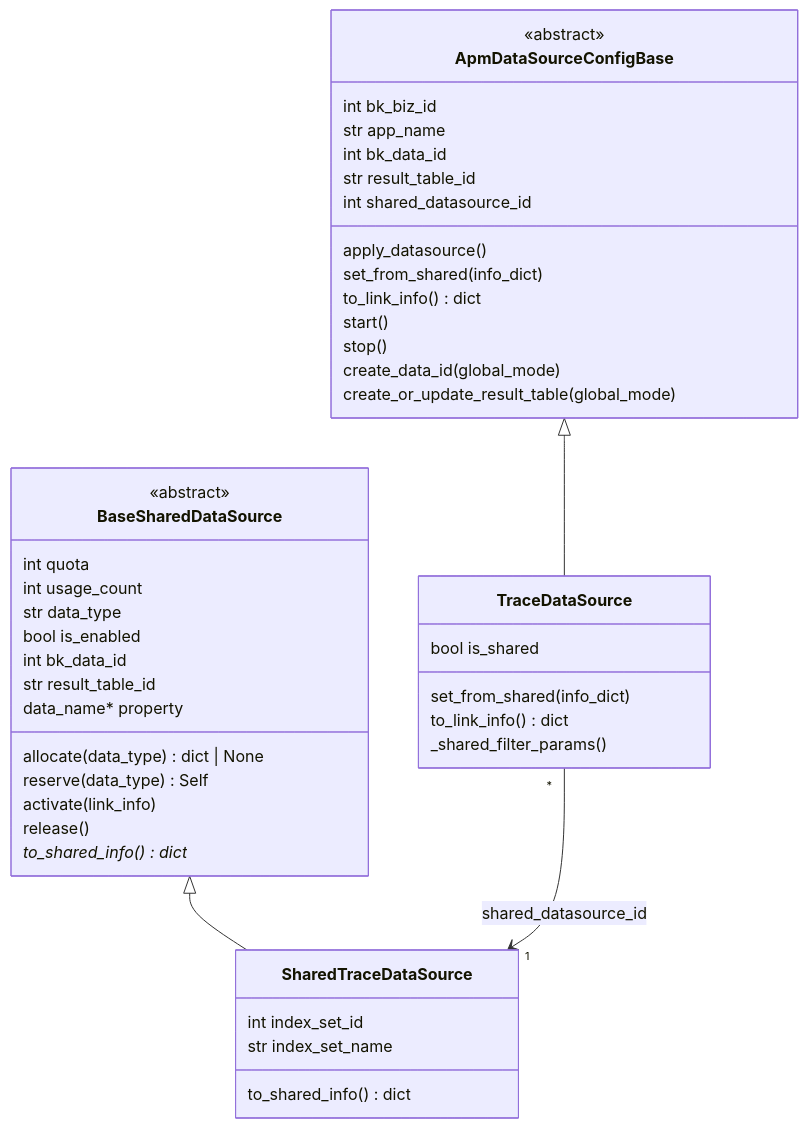
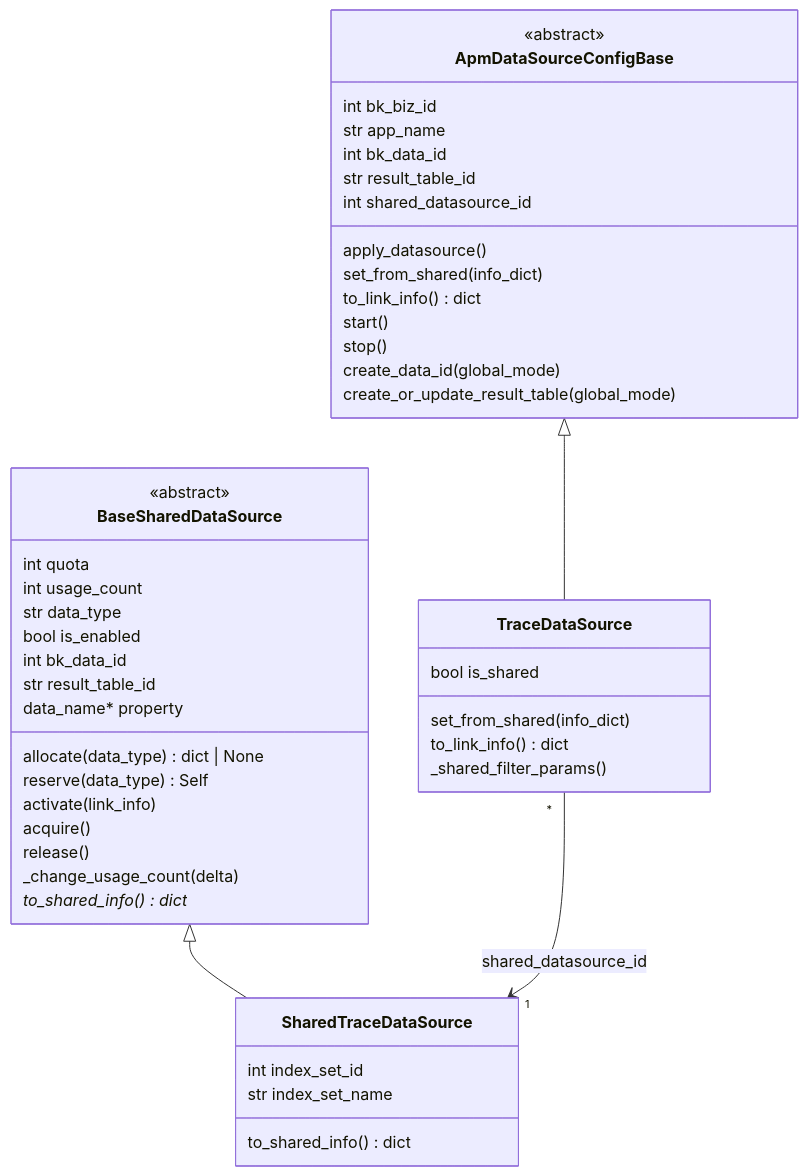
The fourth of 10 diagrams in knowledge/bkmonitor/issues/2026-03-03-apm-shared-datasource/PLAN.md (ZhuoZhuoCrayon/ai-workspace), drawn with Mermaid before and after one commit. The commit also changed other lines of this file and 3 other files, not shown here.

````diff
--- a/knowledge/bkmonitor/issues/2026-03-03-apm-shared-datasource/PLAN.md
+++ b/knowledge/bkmonitor/issues/2026-03-03-apm-shared-datasource/PLAN.md
@@ -144,47 +144,49 @@
 ```mermaid
 classDiagram
     class BaseSharedDataSource {
         <<abstract>>
         int quota
         int usage_count
         str data_type
         bool is_enabled
         int bk_data_id
         str result_table_id
         allocate(data_type) dict | None
         reserve(data_type) Self
         activate(link_info)
+        acquire()
         release()
+        _change_usage_count(delta)
         to_shared_info() dict*
         data_name* property
     }
     class SharedTraceDataSource {
         int index_set_id
         str index_set_name
         to_shared_info() dict
     }
     class ApmDataSourceConfigBase {
         <<abstract>>
         int bk_biz_id
         str app_name
         int bk_data_id
         str result_table_id
         int shared_datasource_id
         apply_datasource()
         set_from_shared(info_dict)
         to_link_info() dict
         start()
         stop()
         create_data_id(global_mode)
         create_or_update_result_table(global_mode)
     }
     class TraceDataSource {
         bool is_shared
         set_from_shared(info_dict)
         to_link_info() dict
         _shared_filter_params()
     }
     BaseSharedDataSource <|-- SharedTraceDataSource
     ApmDataSourceConfigBase <|-- TraceDataSource
     TraceDataSource "*" --> "1" SharedTraceDataSource : shared_datasource_id
 ```
````
